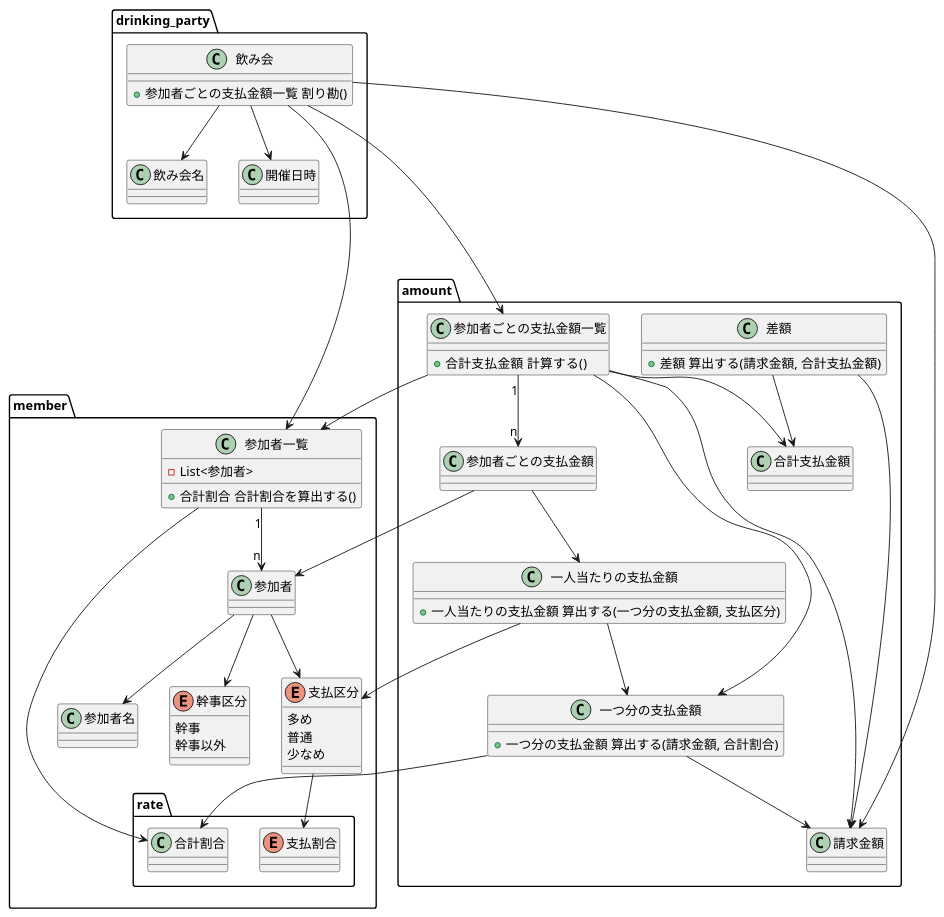
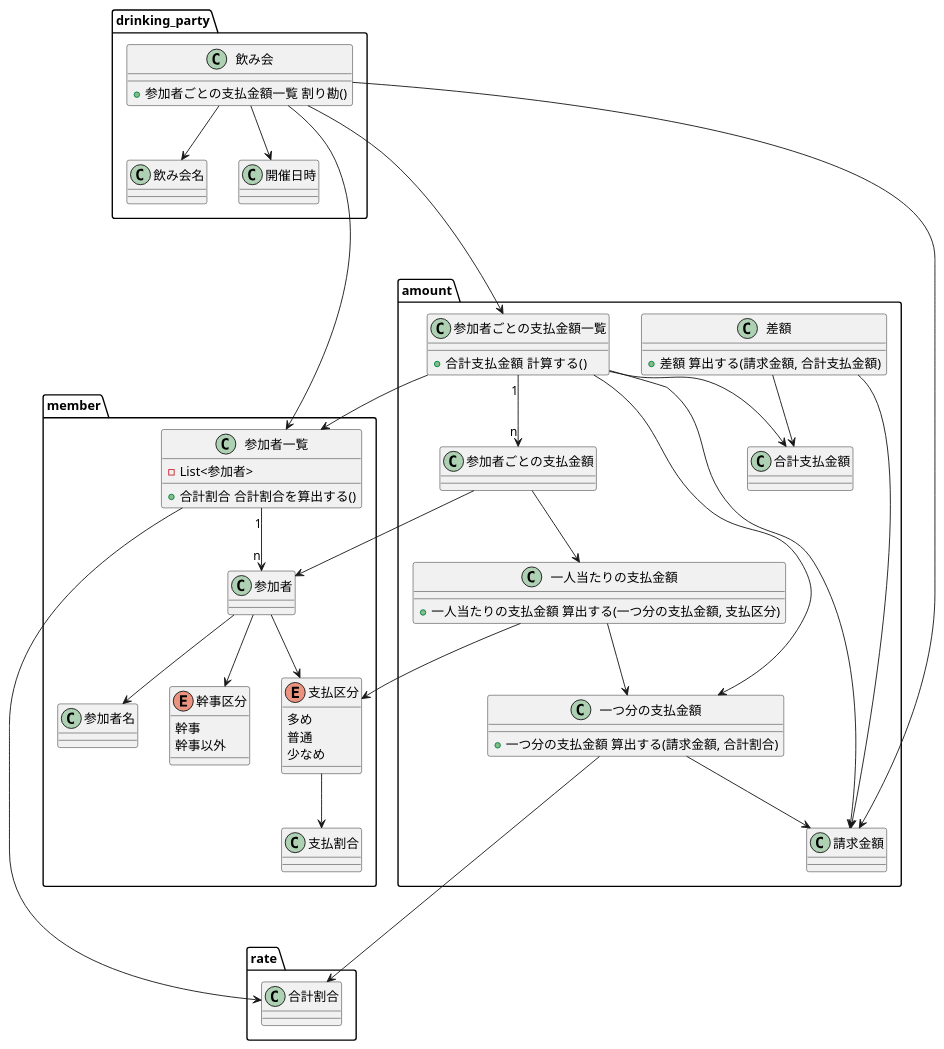
One commit to mmm00mmm/ddd-warikan changed the diagram in doc/モデル３.puml. Above: the diagram before and after it, drawn with PlantUML. The commit also changed 5 other files, not shown here.

```diff
--- a/doc/モデル３.puml
+++ b/doc/モデル３.puml
@@ -1,91 +1,90 @@
 @startuml
 
 package drinking_party {
     class 飲み会 {
         + 参加者ごとの支払金額一覧 割り勘()
     }
     class 飲み会名 {
     }
     class 開催日時 {
     }
 
     飲み会 --> 飲み会名
     飲み会 --> 開催日時
 }
 
 package member {
     class 参加者一覧 {
         - List<参加者>
         + 合計割合 合計割合を算出する()
     }
     class 参加者名 {
     }
     enum 幹事区分 {
         幹事
         幹事以外
     }
     enum 支払区分 {
         多め
         普通
         少なめ
     }
 
-    package rate {
-        enum 支払割合 {
-        }
-        class 合計割合 {
-        }
-    }
-
     参加者一覧 "1" --> "n" 参加者
     参加者 --> 参加者名
     参加者 --> 幹事区分
     参加者 --> 支払区分
     支払区分 --> 支払割合
 }
+
+package rate {
+    class 合計割合 {
+    }
+}
+
 
 package amount {
     class 請求金額 {
     }
     class 一つ分の支払金額 {
         + 一つ分の支払金額 算出する(請求金額, 合計割合)
     }
     class 一人当たりの支払金額 {
         + 一人当たりの支払金額 算出する(一つ分の支払金額, 支払区分)
     }
     class 参加者ごとの支払金額 {
     }
     class 参加者ごとの支払金額一覧 {
         + 合計支払金額  計算する()
     }
     class 合計支払金額 {
     }
     class 差額 {
         + 差額 算出する(請求金額, 合計支払金額)
     }
 
     一つ分の支払金額 --> 請求金額
     参加者ごとの支払金額 --> 一人当たりの支払金額
     参加者ごとの支払金額一覧 "1" --> "n" 参加者ごとの支払金額
     参加者ごとの支払金額一覧 --> 合計支払金額
     差額 --> 請求金額
     差額 --> 合計支払金額
 }
 
 飲み会 --> 請求金額
 飲み会 ----> 参加者ごとの支払金額一覧
 飲み会 --> 参加者一覧
 
-一つ分の支払金額 --> 合計割合
-参加者一覧 --> 合計割合
+一つ分の支払金額 ----> 合計割合
+参加者一覧 ----> 合計割合
 
 参加者ごとの支払金額一覧 --> 参加者一覧
 参加者ごとの支払金額一覧 --> 請求金額
 参加者ごとの支払金額一覧 --> 一つ分の支払金額
 
 一人当たりの支払金額 --> 一つ分の支払金額
 一人当たりの支払金額 --> 支払区分
 
 参加者ごとの支払金額 --> 参加者
 
 @enduml
```
